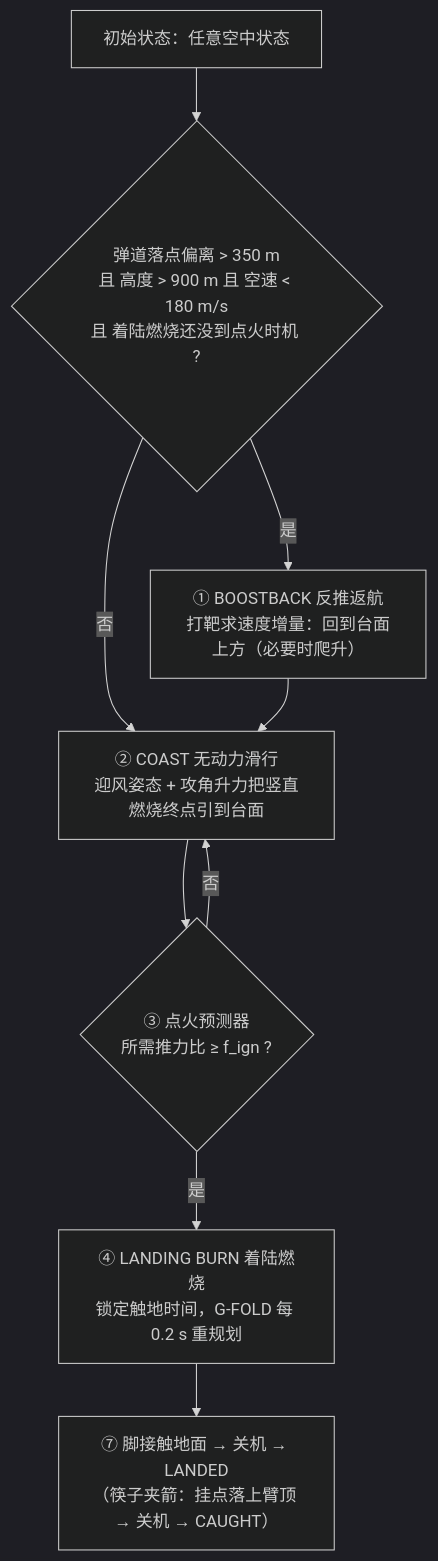
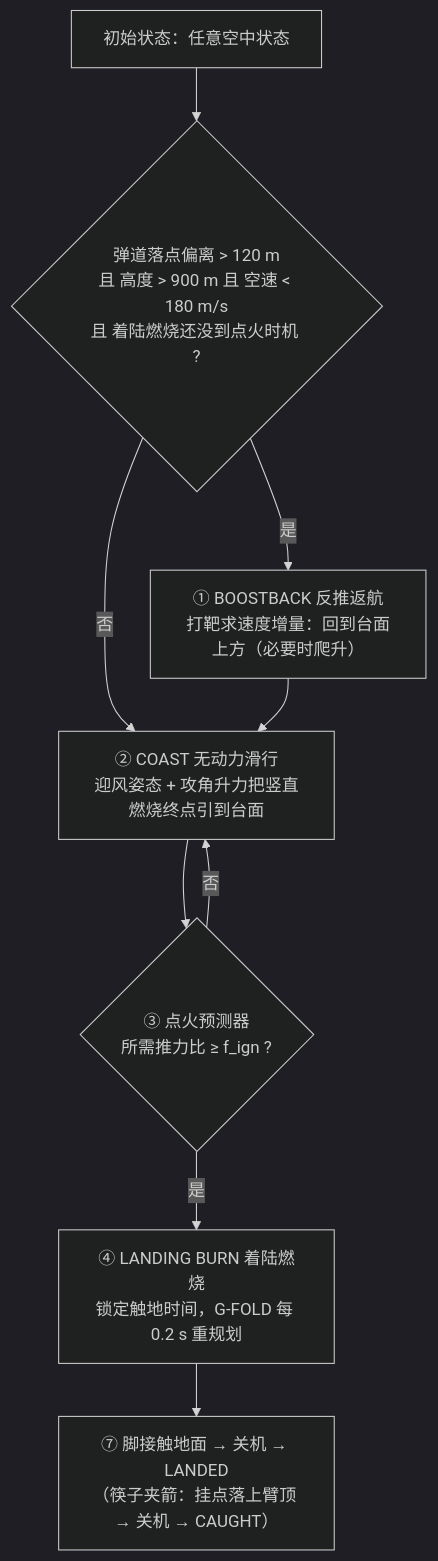
The diagram in README.md (SpringMomu/GFOLD-Rocket-Recovery-Simulation), drawn with Mermaid (dark theme) before and after one commit. The commit also changed other lines of this file and 3 other files, not shown here.

````diff
--- a/README.md
+++ b/README.md
@@ -83,11 +83,11 @@
 ```mermaid
 flowchart TD
-    A["初始状态：任意空中状态"] --> B{"弹道落点偏离 &gt; 350 m<br/>且 高度 &gt; 900 m 且 空速 &lt; 180 m/s<br/>且 着陆燃烧还没到点火时机 ?"}
+    A["初始状态：任意空中状态"] --> B{"弹道落点偏离 &gt; 120 m<br/>且 高度 &gt; 900 m 且 空速 &lt; 180 m/s<br/>且 着陆燃烧还没到点火时机 ?"}
     B -- 是 --> C["① BOOSTBACK 反推返航<br/>打靶求速度增量：回到台面上方（必要时爬升）"]
     B -- 否 --> D
     C --> D["② COAST 无动力滑行<br/>迎风姿态 + 攻角升力把竖直燃烧终点引到台面"]
     D --> E{"③ 点火预测器<br/>所需推力比 ≥ f_ign ?"}
     E -- 否 --> D
     E -- 是 --> F["④ LANDING BURN 着陆燃烧<br/>锁定触地时间，G-FOLD 每 0.2 s 重规划"]
     F --> G["⑦ 脚接触地面 → 关机 → LANDED<br/>（筷子夹箭：挂点落上臂顶 → 关机 → CAUGHT）"]
 ```
````
